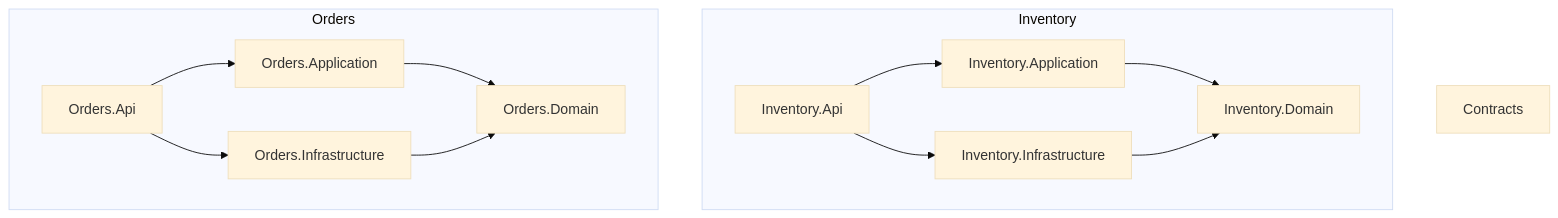
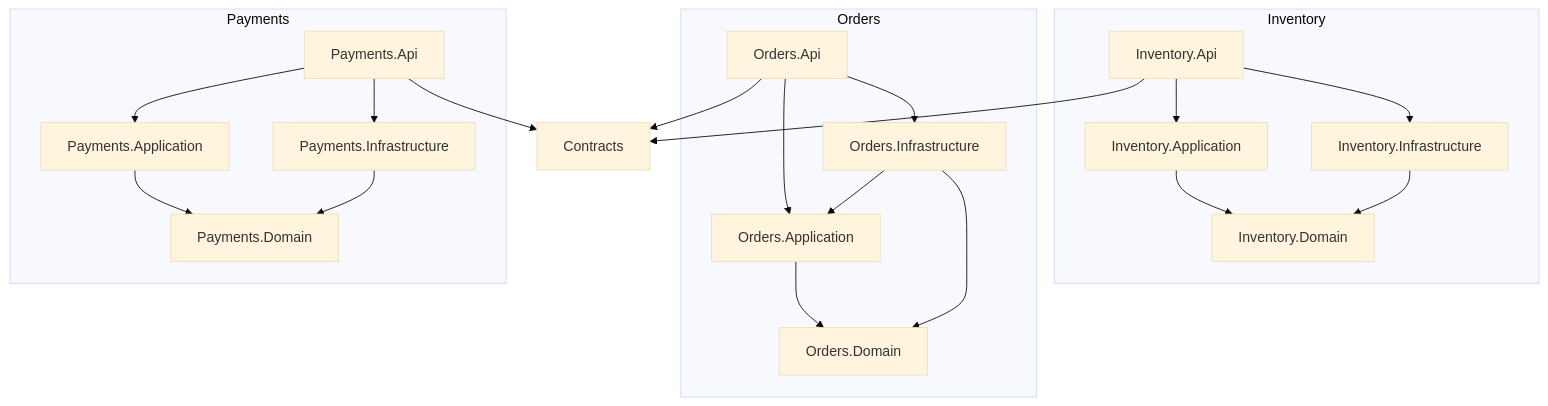
One commit to Ashu2094/order-flow changed the diagram in docs/project-references.md. Above: the diagram before and after it, drawn with Mermaid (base theme). The commit also changed other lines of this file and 12 other files, not shown here.

````diff
--- a/docs/project-references.md
+++ b/docs/project-references.md
@@ -4,18 +5,26 @@
 ```mermaid
 flowchart TD
-    subgraph Inventory
-        IA[Inventory.Api] --> IAp[Inventory.Application]
-        IA --> II[Inventory.Infrastructure]
-        IAp --> ID[Inventory.Domain]
-        II --> ID
-    end
-
-    subgraph Orders
-        OA[Orders.Api] --> OAp[Orders.Application]
-        OA --> OI[Orders.Infrastructure]
-        OAp --> OD[Orders.Domain]
-        OI --> OD
-    end
-
-    C[Contracts]
+  subgraph Inventory
+    IA[Inventory.Api] --> IAp[Inventory.Application]
+    IA --> II[Inventory.Infrastructure]
+    IAp --> ID[Inventory.Domain]
+    II --> ID
+  end
+  subgraph Orders
+    OA[Orders.Api] --> OAp[Orders.Application]
+    OA --> OI[Orders.Infrastructure]
+    OAp --> OD[Orders.Domain]
+    OI --> OD
+    OI --> OAp
+  end
+  subgraph Payments
+    PAA[Payments.Api] --> PAAp[Payments.Application]
+    PAA --> PAI[Payments.Infrastructure]
+    PAAp --> PAD[Payments.Domain]
+    PAI --> PAD
+  end
+  C[Contracts]
+  IA --> C
+  OA --> C
+  PAA --> C
 ```
````
